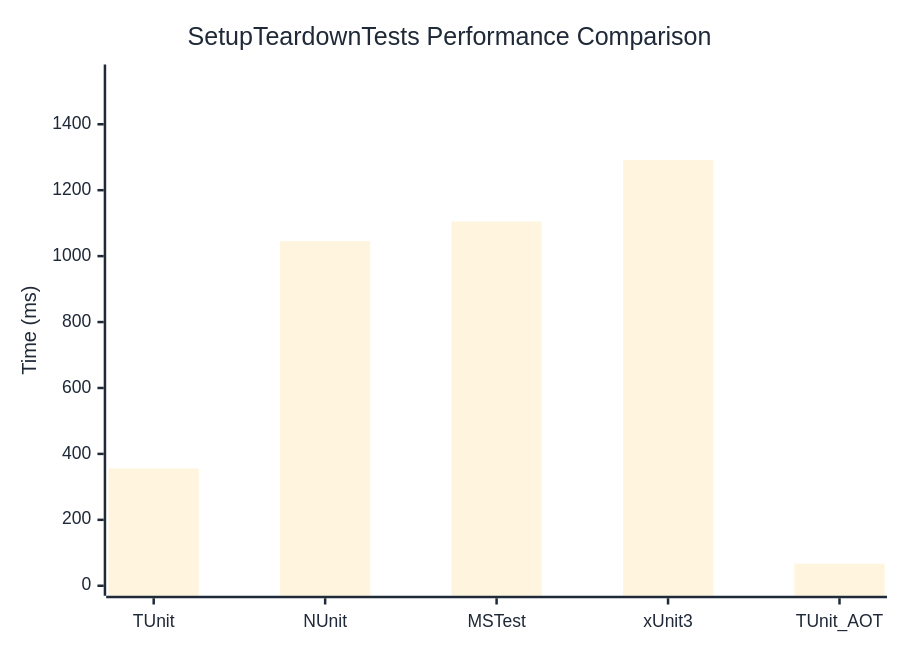
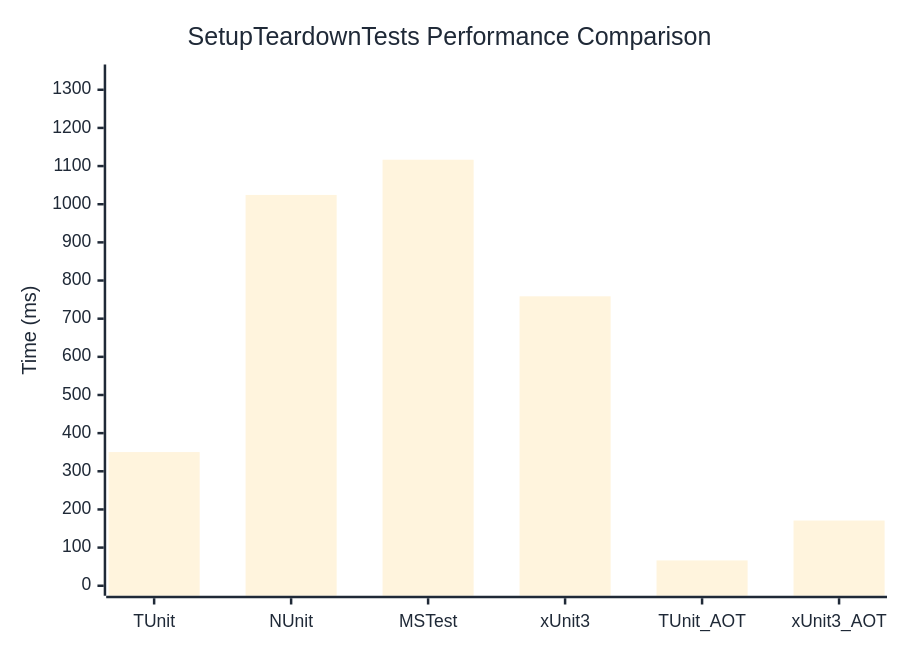
The diagram in docs/docs/benchmarks/engine/SetupTeardownTests.md (thomhurst/TUnit), drawn with Mermaid before and after one commit. The commit also changed other lines of this file and 18 other files, not shown here.

````diff
--- a/docs/docs/benchmarks/engine/SetupTeardownTests.md
+++ b/docs/docs/benchmarks/engine/SetupTeardownTests.md
@@ -29,37 +30,37 @@
 ```mermaid
 %%{init: {
   'theme':'base',
   'themeVariables': {
     'primaryColor': '#2563eb',
     'primaryTextColor': '#1f2937',
     'primaryBorderColor': '#1e40af',
     'lineColor': '#6b7280',
     'secondaryColor': '#7c3aed',
     'tertiaryColor': '#dc2626',
     'background': '#ffffff',
     'mainBkg': '#2563eb',
     'secondBkg': '#7c3aed',
     'tertiaryBkg': '#dc2626',
     'clusterBkg': '#f3f4f6',
     'edgeLabelBackground': '#ffffff',
     'tertiaryTextColor': '#1f2937',
     'pie1': '#2563eb',
     'pie2': '#7c3aed',
     'pie3': '#dc2626',
     'pie4': '#f59e0b',
     'pie5': '#10b981',
     'pie6': '#06b6d4',
     'pie7': '#ec4899',
     'pie8': '#6366f1',
     'pie9': '#84cc16',
     'pie10': '#f97316',
     'pie11': '#14b8a6',
     'pie12': '#a855f7'
   }
 }}%%
 xychart-beta
   title "SetupTeardownTests Performance Comparison"
-  x-axis ["TUnit", "NUnit", "MSTest", "xUnit3", "TUnit_AOT"]
-  y-axis "Time (ms)" 0 --> 1551
-  bar [355.61, 1045.37, 1104.79, 1292.08, 66.91]
+  x-axis ["TUnit", "NUnit", "MSTest", "xUnit3", "TUnit_AOT", "xUnit3_AOT"]
+  y-axis "Time (ms)" 0 --> 1340
+  bar [350.34, 1024.36, 1116.57, 758.64, 66.39, 170.95]
 ```
````
